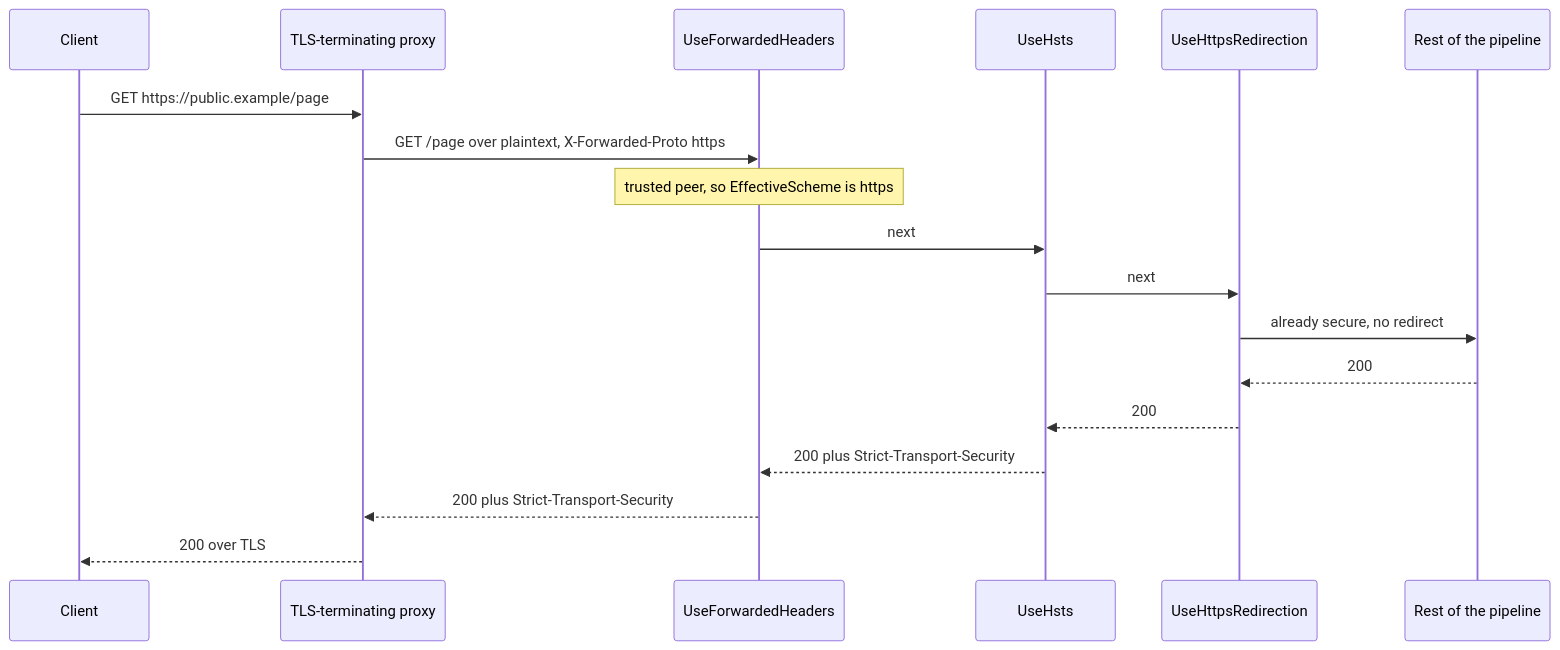
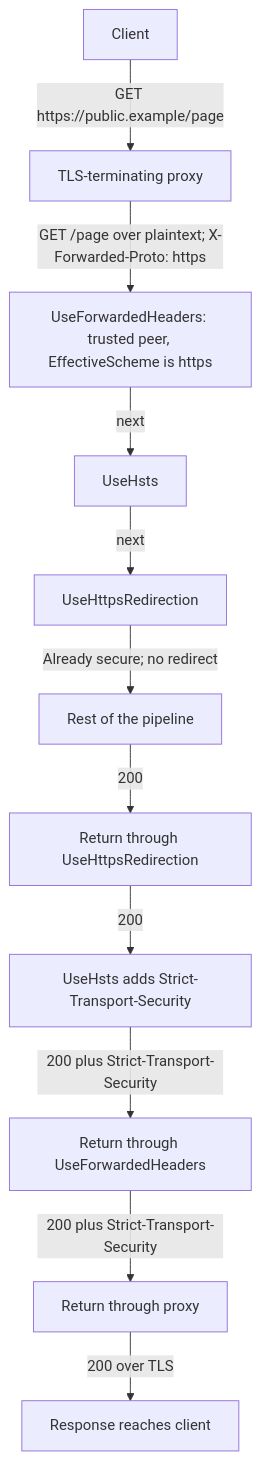
The diagram in docs/dotnet-apis/resources/web/assimalign-cohesion-web-httpspolicy/design.md (assimalign/cohesion-docs), drawn with Mermaid before and after one commit. The commit also changed other lines of this file and 149 other files, not shown here.

````diff
--- a/docs/dotnet-apis/resources/web/assimalign-cohesion-web-httpspolicy/design.md
+++ b/docs/dotnet-apis/resources/web/assimalign-cohesion-web-httpspolicy/design.md
@@ -273,20 +288,13 @@
 ```mermaid
-sequenceDiagram
-    participant Client
-    participant Proxy as TLS-terminating proxy
-    participant Fwd as UseForwardedHeaders
-    participant Hsts as UseHsts
-    participant Redirect as UseHttpsRedirection
-    participant App as Rest of the pipeline
-    Client->>Proxy: GET https://public.example/page
-    Proxy->>Fwd: GET /page over plaintext, X-Forwarded-Proto https
-    Note over Fwd: trusted peer, so EffectiveScheme is https
-    Fwd->>Hsts: next
-    Hsts->>Redirect: next
-    Redirect->>App: already secure, no redirect
-    App-->>Redirect: 200
-    Redirect-->>Hsts: 200
-    Hsts-->>Fwd: 200 plus Strict-Transport-Security
-    Fwd-->>Proxy: 200 plus Strict-Transport-Security
-    Proxy-->>Client: 200 over TLS
+flowchart TD
+    Client["Client"] -->|"GET https://public.example/page"| Proxy["TLS-terminating proxy"]
+    Proxy -->|"GET /page over plaintext; X-Forwarded-Proto: https"| Fwd["UseForwardedHeaders: trusted peer, EffectiveScheme is https"]
+    Fwd -->|"next"| Hsts["UseHsts"]
+    Hsts -->|"next"| Redirect["UseHttpsRedirection"]
+    Redirect -->|"Already secure; no redirect"| App["Rest of the pipeline"]
+    App -->|"200"| ReturnRedirect["Return through UseHttpsRedirection"]
+    ReturnRedirect -->|"200"| ReturnHsts["UseHsts adds Strict-Transport-Security"]
+    ReturnHsts -->|"200 plus Strict-Transport-Security"| ReturnFwd["Return through UseForwardedHeaders"]
+    ReturnFwd -->|"200 plus Strict-Transport-Security"| ReturnProxy["Return through proxy"]
+    ReturnProxy -->|"200 over TLS"| ReturnClient["Response reaches client"]
 ```
````
